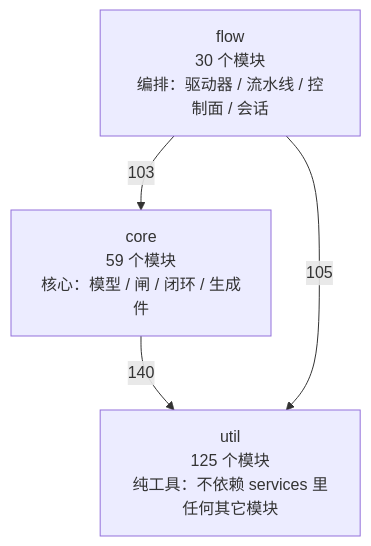
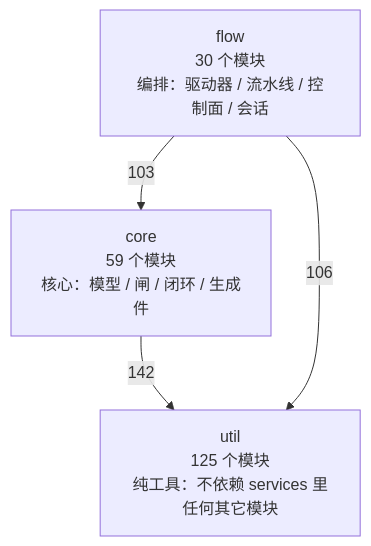
Before and after one commit to 2686521696/WhyBuddy: the first of 4 diagrams in docs/SlideRule V6.2 架构图（自动生成）.md, drawn with Mermaid. The commit also changed other lines of this file and 5 other files, not shown here.

````diff
--- a/docs/SlideRule V6.2 架构图（自动生成）.md
+++ b/docs/SlideRule V6.2 架构图（自动生成）.md
@@ -48,9 +48,9 @@
 ```mermaid
 flowchart TB
   util["util<br/>125 个模块<br/>纯工具：不依赖 services 里任何其它模块"]
   core["core<br/>59 个模块<br/>核心：模型 / 闸 / 闭环 / 生成件"]
   flow["flow<br/>30 个模块<br/>编排：驱动器 / 流水线 / 控制面 / 会话"]
-  core -->|140| util
+  core -->|142| util
   flow -->|103| core
-  flow -->|105| util
+  flow -->|106| util
 ```
````
